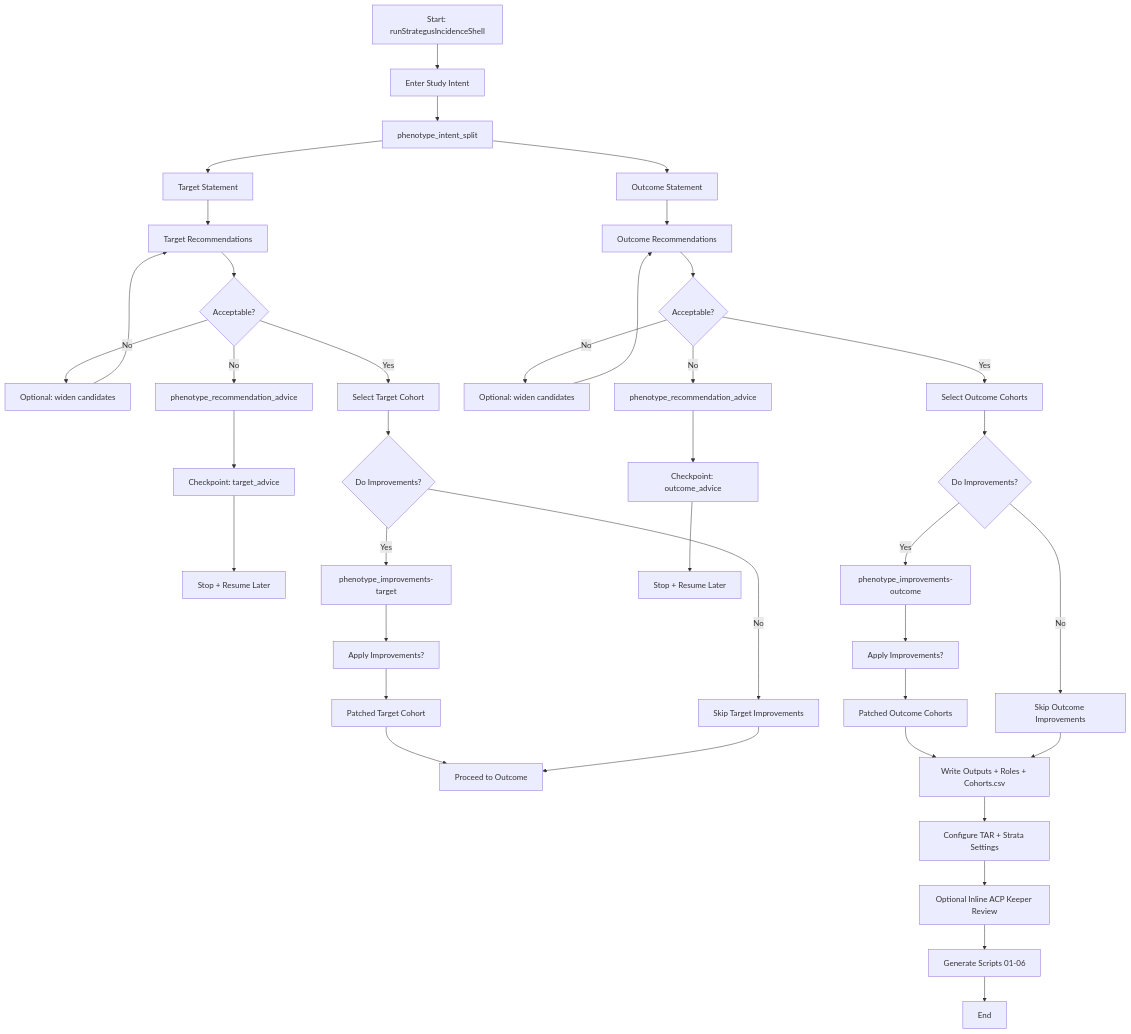
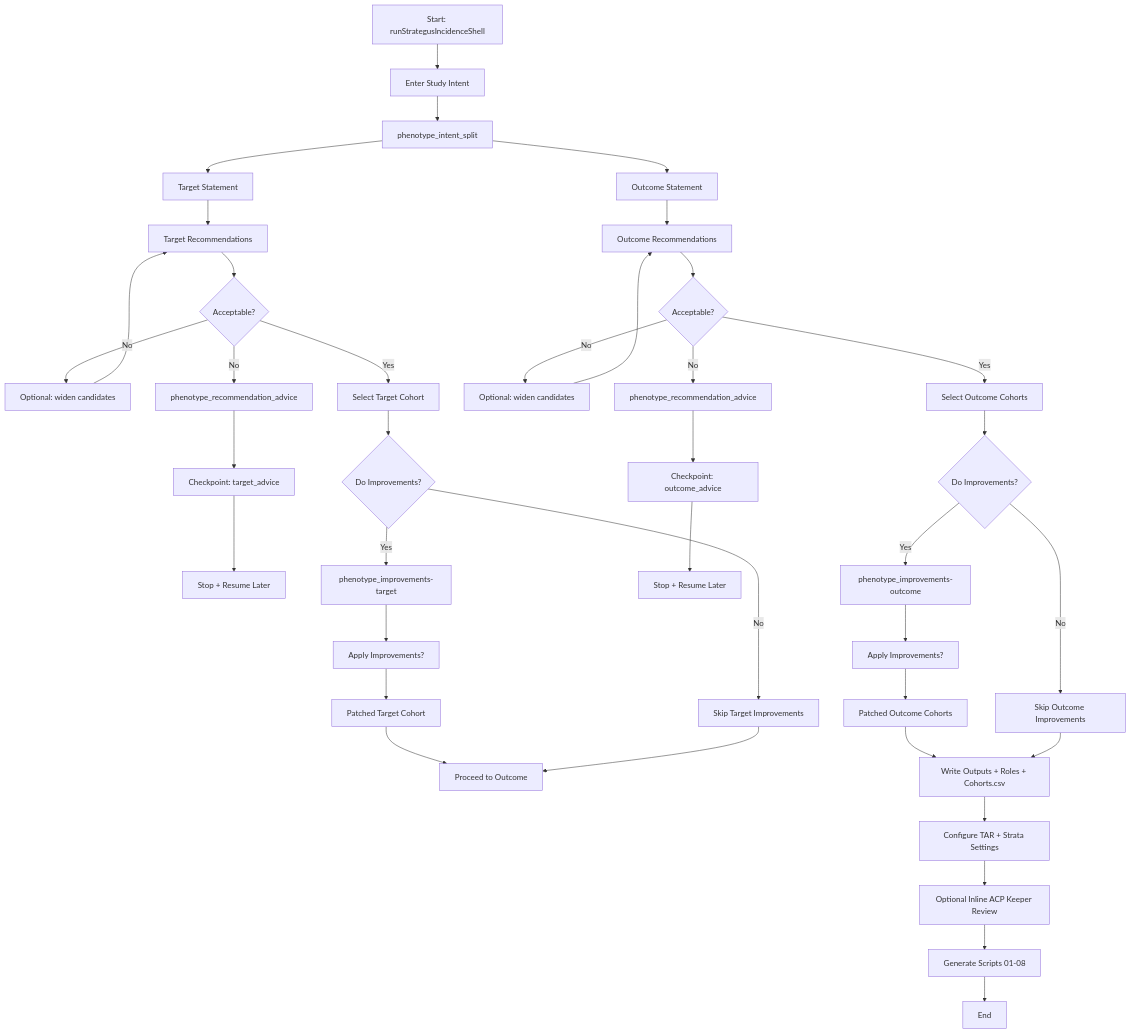
The first of 2 diagrams in docs/WORKFLOW_INCIDENCE.md (OHDSI/StudyAgent), drawn with Mermaid before and after one commit. The commit also changed 4 other files, not shown here.

````diff
--- a/docs/WORKFLOW_INCIDENCE.md
+++ b/docs/WORKFLOW_INCIDENCE.md
@@ -9,44 +9,44 @@
 ```mermaid
 flowchart TD
   A[Start: runStrategusIncidenceShell] --> B[Enter Study Intent]
   B --> C[phenotype_intent_split]
   C --> D[Target Statement]
   C --> E[Outcome Statement]
 
   D --> F[Target Recommendations]
   F --> G{Acceptable?}
   G -- No --> H[Optional: widen candidates]
   H --> F
   G -- No --> I[phenotype_recommendation_advice]
   I --> J[Checkpoint: target_advice]
   J --> K[Stop + Resume Later]
   G -- Yes --> L[Select Target Cohort]
   L --> M{Do Improvements?}
   M -- Yes --> N[phenotype_improvements-target]
   N --> O[Apply Improvements?]
   O --> P[Patched Target Cohort]
   M -- No --> Q[Skip Target Improvements]
   P --> R[Proceed to Outcome]
   Q --> R
 
   E --> S[Outcome Recommendations]
   S --> T{Acceptable?}
   T -- No --> U[Optional: widen candidates]
   U --> S
   T -- No --> V[phenotype_recommendation_advice]
   V --> W[Checkpoint: outcome_advice]
   W --> X[Stop + Resume Later]
   T -- Yes --> Y[Select Outcome Cohorts]
   Y --> Z{Do Improvements?}
   Z -- Yes --> AA[phenotype_improvements-outcome]
   AA --> AB[Apply Improvements?]
   AB --> AC[Patched Outcome Cohorts]
   Z -- No --> AD[Skip Outcome Improvements]
 
   AC --> AE[Write Outputs + Roles + Cohorts.csv]
   AD --> AE
   AE --> AF[Configure TAR + Strata Settings]
   AF --> AG[Optional Inline ACP Keeper Review]
-  AG --> AH[Generate Scripts 01-06]
+  AG --> AH[Generate Scripts 01-08]
   AH --> AI[End]
 ```
````
